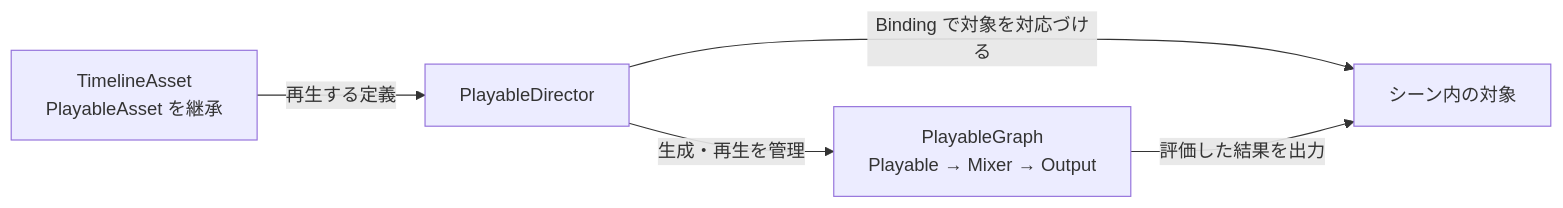
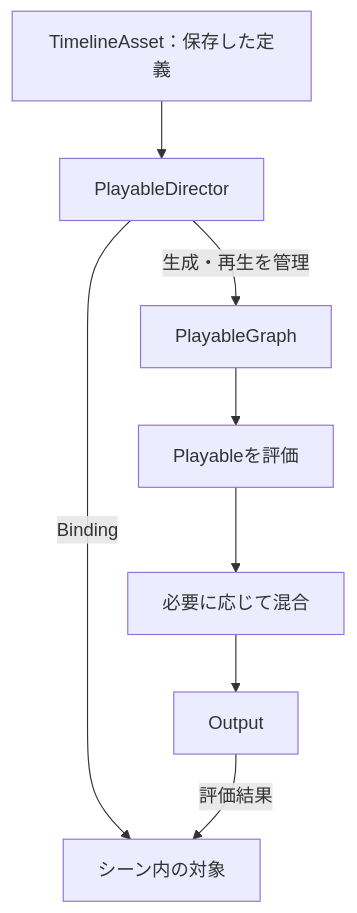
One commit to M-634/unity-game-dev-advance-docs.github.io changed the second of 4 diagrams in docs/lessons/s1-character-camera/timeline.md. Above: the diagram before and after it, drawn with Mermaid. The commit also changed other lines of this file and 3 other files, not shown here.

Commit message:
[update] fix timeline section materilals

````diff
--- a/docs/lessons/s1-character-camera/timeline.md
+++ b/docs/lessons/s1-character-camera/timeline.md
@@ -74,7 +115,10 @@
 ```mermaid
-flowchart LR
-    A["TimelineAsset<br>PlayableAsset を継承"] -->|"再生する定義"| D["PlayableDirector"]
-    D -->|"生成・再生を管理"| G["PlayableGraph<br>Playable → Mixer → Output"]
-    D -->|"Binding で対象を対応づける"| O["シーン内の対象"]
-    G -->|"評価した結果を出力"| O
+flowchart TD
+    A["TimelineAsset：保存した定義"] --> D["PlayableDirector"]
+    D -->|"生成・再生を管理"| G["PlayableGraph"]
+    G --> P["Playableを評価"]
+    P --> M["必要に応じて混合"]
+    M --> O["Output"]
+    D -->|"Binding"| T["シーン内の対象"]
+    O -->|"評価結果"| T
 ```
````
